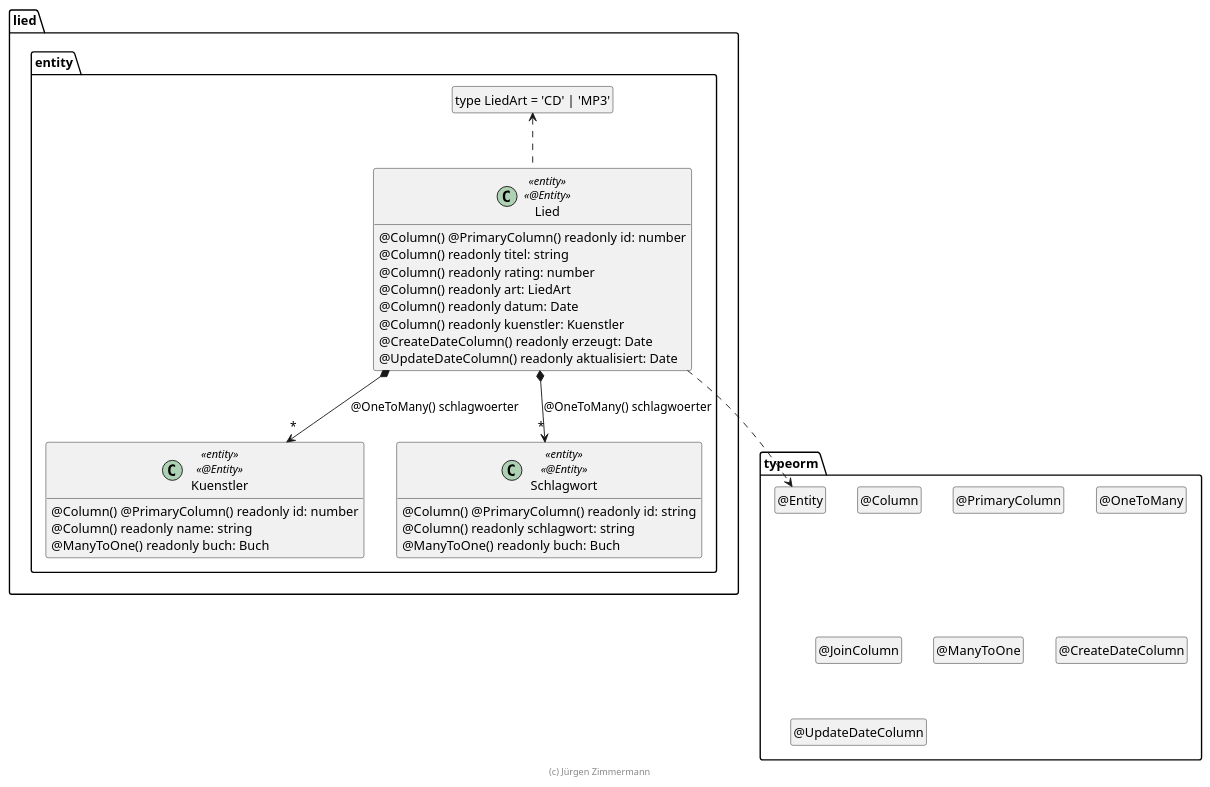
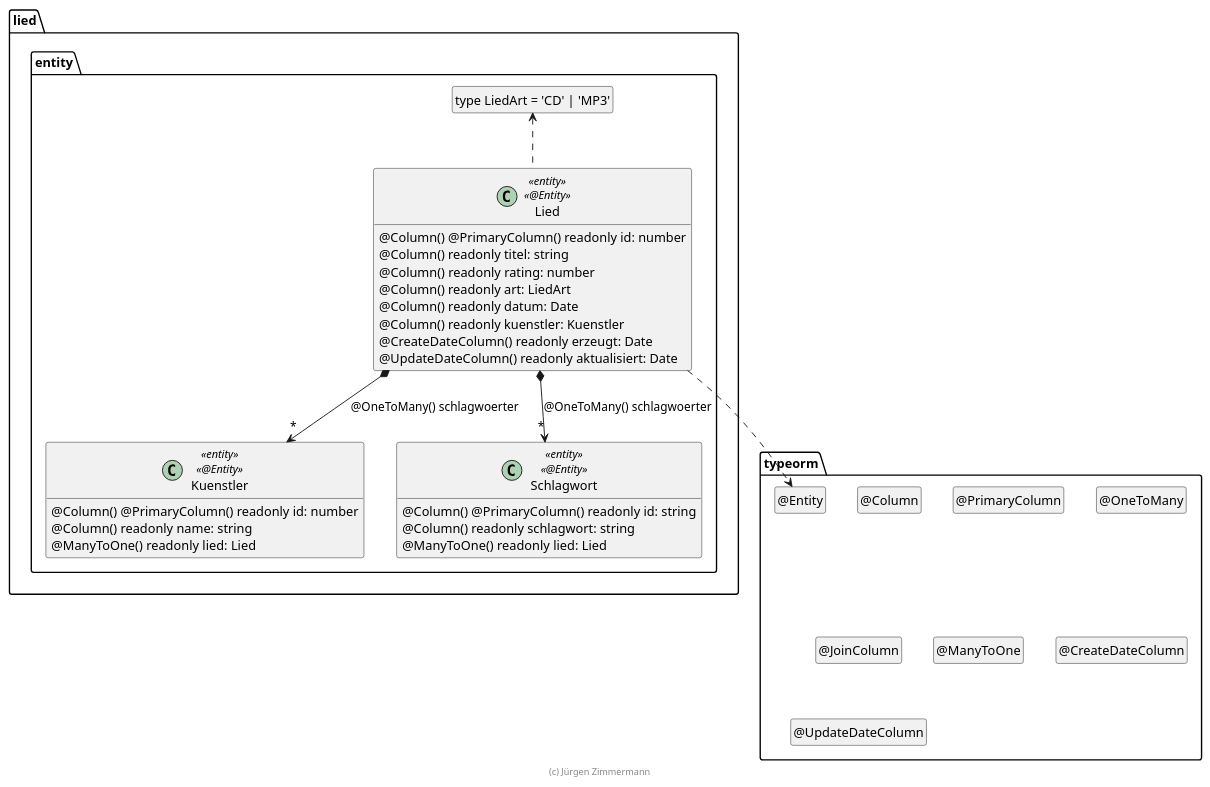
One commit to ericweres/swe-lied changed the diagram in .extras/doc/entwicklerhandbuch/Lied.plantuml. Above: the diagram before and after it, drawn with PlantUML. The commit also changed 30 other files, not shown here.

```diff
--- a/.extras/doc/entwicklerhandbuch/Lied.plantuml
+++ b/.extras/doc/entwicklerhandbuch/Lied.plantuml
@@ -18,59 +18,59 @@
 @startuml Entity
 
 package typeorm {
   class "@Entity" as Entity
   hide Entity circle
   class "@Column" as Column
   hide Column circle
   class "@PrimaryColumn" as PrimaryColumn
   hide PrimaryColumn circle
   class "@OneToMany" as OneToMany
   hide OneToMany circle
   class "@JoinColumn" as JoinColumn
   hide JoinColumn circle
   class "@ManyToOne" as ManyToOne
   hide ManyToOne circle
   class "@CreateDateColumn" as CreateDateColumn
   hide CreateDateColumn circle
   class "@UpdateDateColumn" as UpdateDateColumn
   hide UpdateDateColumn circle
 }
 
 package lied.entity {
   class "type LiedArt = 'CD' | 'MP3'" as LiedArt
   hide LiedArt circle
 
   class Lied <<entity>> <<@Entity>> {
     @Column() @PrimaryColumn() readonly id: number
     @Column() readonly titel: string
     @Column() readonly rating: number
     @Column() readonly art: LiedArt
     @Column() readonly datum: Date
     @Column() readonly kuenstler: Kuenstler
     @CreateDateColumn() readonly erzeugt: Date
     @UpdateDateColumn() readonly aktualisiert: Date
   }
 
   class Kuenstler <<entity>> <<@Entity>> {
     @Column() @PrimaryColumn() readonly id: number
     @Column() readonly name: string
-    @ManyToOne() readonly buch: Buch
+    @ManyToOne() readonly lied: Lied
   }
 
   class Schlagwort <<entity>> <<@Entity>> {
     @Column() @PrimaryColumn() readonly id: string
     @Column() readonly schlagwort: string
-    @ManyToOne() readonly buch: Buch
+    @ManyToOne() readonly lied: Lied
   }
 
   Lied ..> Entity
   Lied *--> "*" Kuenstler : @OneToMany() schlagwoerter
   Lied *--> "*" Schlagwort : @OneToMany() schlagwoerter
   Lied .up.> LiedArt
 }
 
 hide empty members
 
 footer (c) Jürgen Zimmermann
 
 @enduml
```
